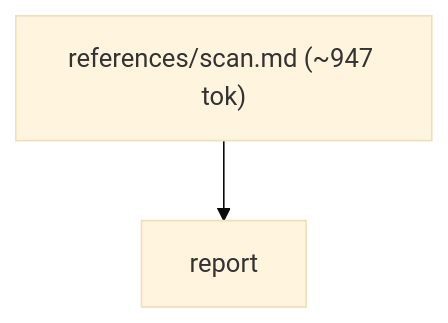
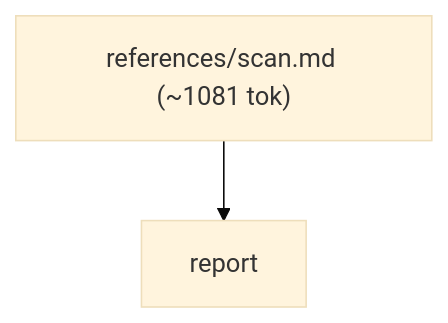
The fifth of 8 diagrams in skills/varde-review/FLOW.md (alecegg/varde), drawn with Mermaid (base theme) before and after one commit. The commit also changed other lines of this file and 269 other files, not shown here.

````diff
--- a/skills/varde-review/FLOW.md
+++ b/skills/varde-review/FLOW.md
@@ -101,6 +100,6 @@
 ```mermaid
 flowchart TD
-  n0["references/scan.md (~947 tok)"]
+  n0["references/scan.md (~1081 tok)"]
   n1["report"]
   n0 --> n1
 ```
````
